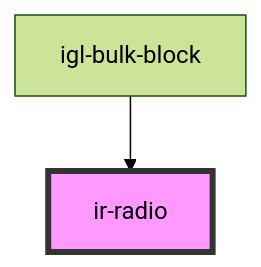
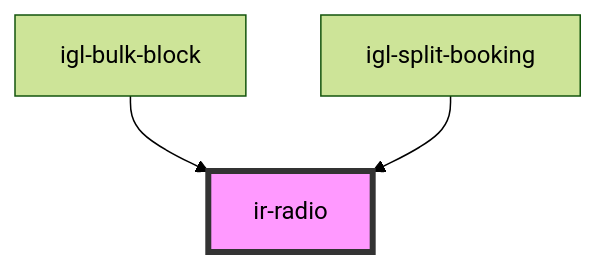
The diagram in src/components/ui/ir-radio/readme.md (David1Chowaifaty/modified-ir-webcmp), drawn with Mermaid (forest theme) before and after one commit. The commit also changed other lines of this file and 50 other files, not shown here.

First line of the commit message:
Update igloo-calendar and booking components to enhance split booking functionality

````diff
--- a/src/components/ui/ir-radio/readme.md
+++ b/src/components/ui/ir-radio/readme.md
@@ -35,5 +36,6 @@
 ```mermaid
 graph TD;
   igl-bulk-block --> ir-radio
+  igl-split-booking --> ir-radio
   style ir-radio fill:#f9f,stroke:#333,stroke-width:4px
 ```
````
